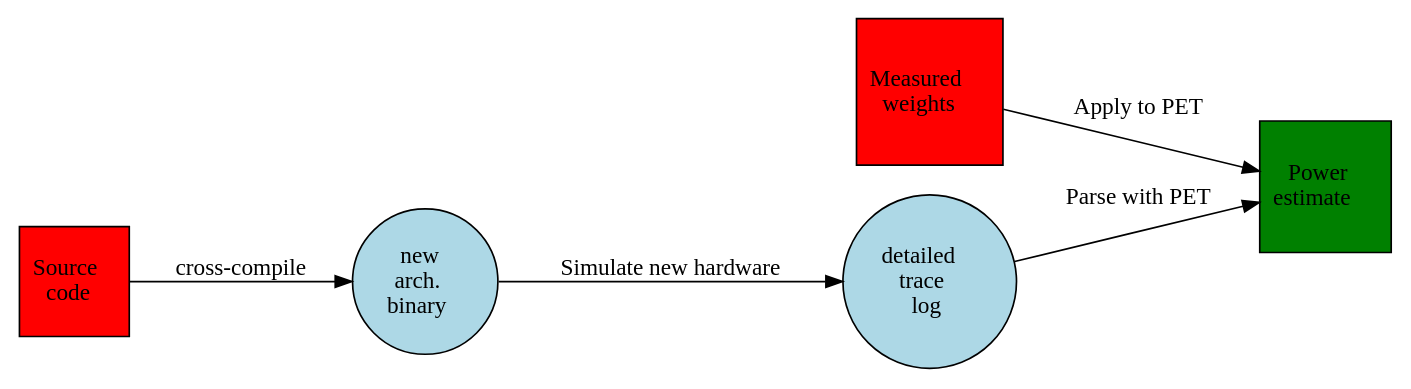
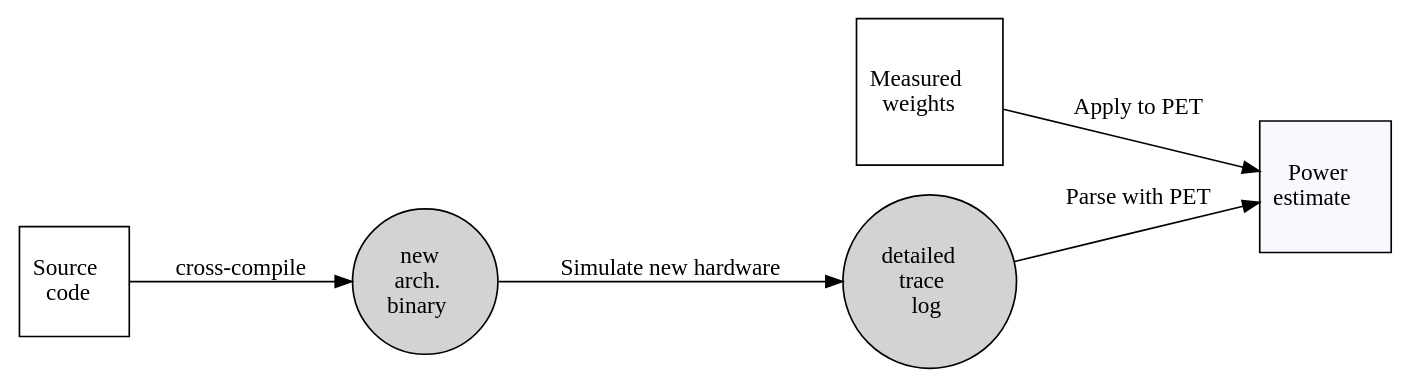
Before and after one commit to terjr/thesis: the diagram in report/figs/pet-workflow.gv, drawn with Graphviz.

Commit message:
grayed workflow figure

```diff
--- a/report/figs/pet-workflow.gv
+++ b/report/figs/pet-workflow.gv
@@ -1,14 +1,14 @@
 digraph workflow {
     rankdir = LR;
-    node [shape="circle",style="filled",fillcolor="lightblue"]
+    node [shape="circle",style="filled",fillcolor="lightgray"]
         weights->data [label="Apply to PET"]
-        weights [shape="square",fillcolor="red",label=<Measured<br/>weights>]
-        source [shape="square",fillcolor="red",label=<Source<br/>code>]
+        weights [shape="square",fillcolor="white",label=<Measured<br/>weights>]
+        source [shape="square",fillcolor="white",label=<Source<br/>code>]
         binary  [label=<new<br/>arch.<br/>binary>]
         source->binary [label="cross-compile"]
         trace  [label=<detailed<br/>trace<br/>log>]
-        data   [shape="square",fillcolor="green",label=<Power<br/>estimate>]
+        data   [shape="square",fillcolor="ghostwhite",label=<Power<br/>estimate>]
         trace->data [label="Parse with PET"]
         binary->trace [label="Simulate new hardware"]
 
 }
```
